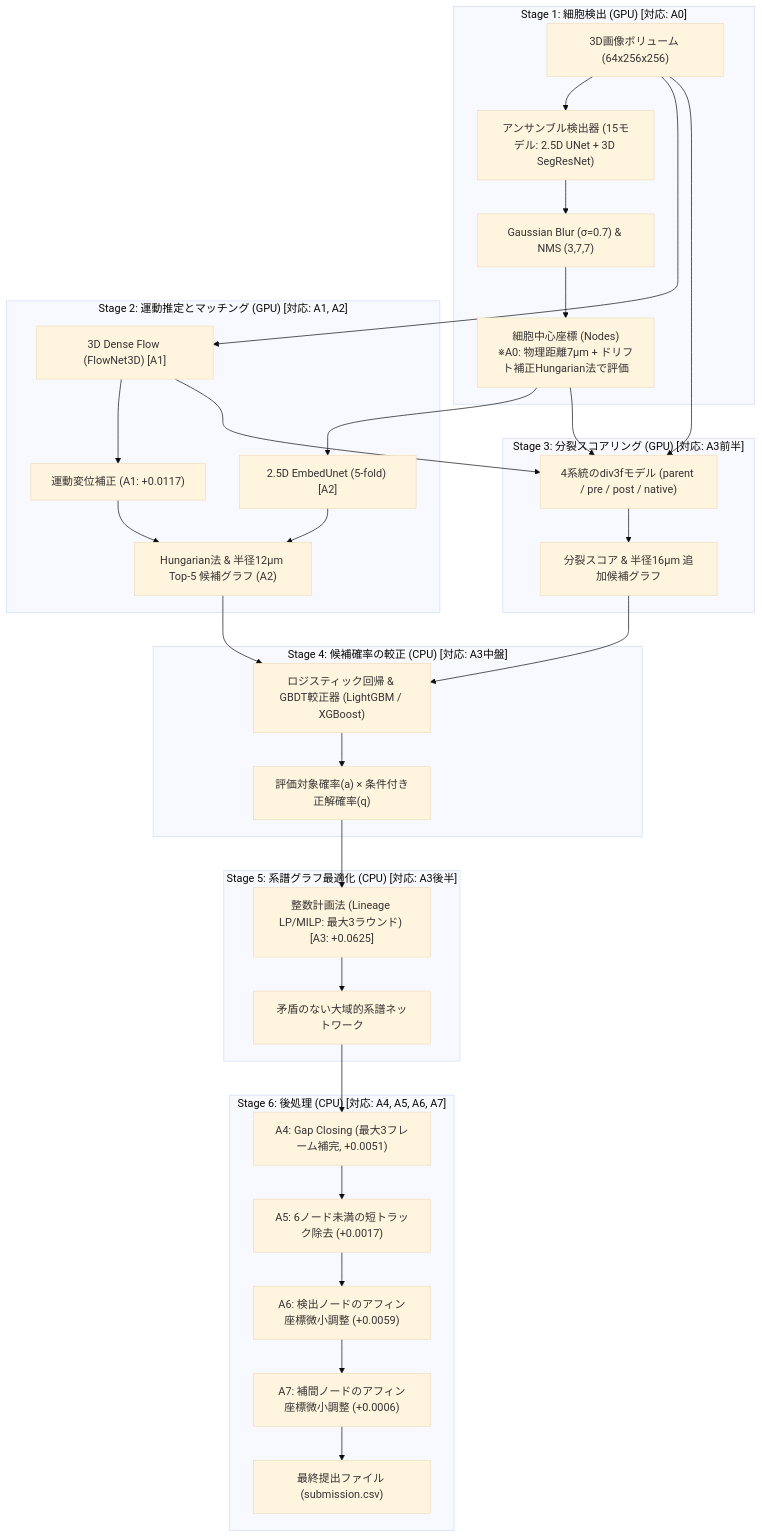
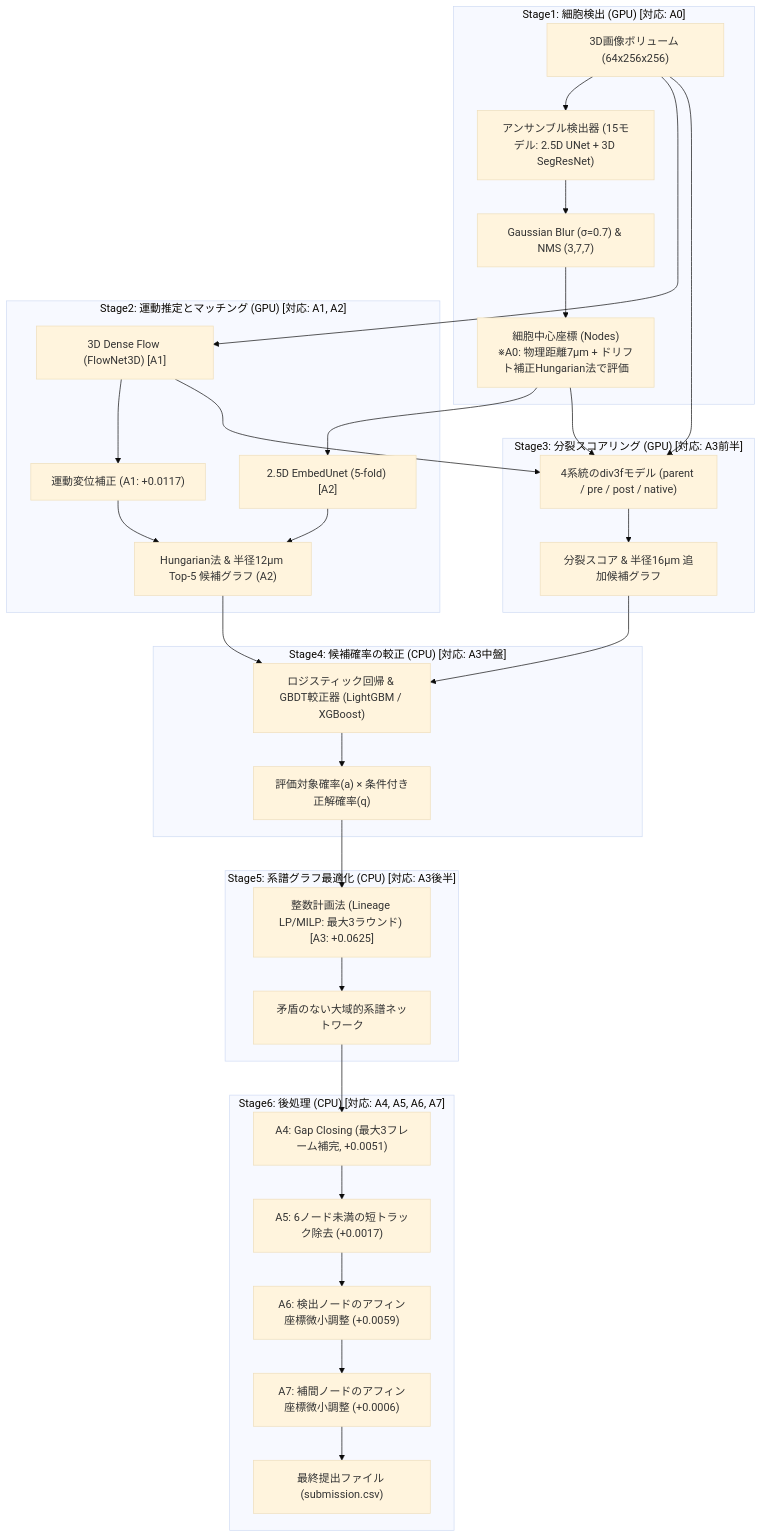
The first of 8 diagrams in episode/Summary&Conclusion/3rd-place-summary.md (kito2718/kgle_001_BCT_Episode), drawn with Mermaid (base theme) before and after one commit. The commit also changed other lines of this file, not shown here.

Commit message:
Stage nの表記ゆれを修正

````diff
--- a/episode/Summary&Conclusion/3rd-place-summary.md
+++ b/episode/Summary&Conclusion/3rd-place-summary.md
@@ -95,39 +95,39 @@
 ```mermaid
 flowchart TD
-    subgraph Stage1["Stage 1: 細胞検出 (GPU) [対応: A0]"]
+    subgraph Stage1["Stage1: 細胞検出 (GPU) [対応: A0]"]
         Raw["3D画像ボリューム (64x256x256)"] --> Det["アンサンブル検出器 (15モデル: 2.5D UNet + 3D SegResNet)"]
         Det --> Blur["Gaussian Blur (σ=0.7) & NMS (3,7,7)"]
         Blur --> Peaks["細胞中心座標 (Nodes)<br/>※A0: 物理距離7µm + ドリフト補正Hungarian法で評価"]
     end
 
-    subgraph Stage2["Stage 2: 運動推定とマッチング (GPU) [対応: A1, A2]"]
+    subgraph Stage2["Stage2: 運動推定とマッチング (GPU) [対応: A1, A2]"]
         Raw --> Flow["3D Dense Flow (FlowNet3D) [A1]"]
         Peaks --> Matcher["2.5D EmbedUnet (5-fold) [A2]"]
         Flow --> Warp["運動変位補正 (A1: +0.0117)"]
         Matcher --> LinkCand["Hungarian法 & 半径12µm Top-5 候補グラフ (A2)"]
         Warp --> LinkCand
     end
 
-    subgraph Stage3["Stage 3: 分裂スコアリング (GPU) [対応: A3前半]"]
+    subgraph Stage3["Stage3: 分裂スコアリング (GPU) [対応: A3前半]"]
         Raw & Flow & Peaks --> Div["4系統のdiv3fモデル (parent / pre / post / native)"]
         Div --> DivScore["分裂スコア & 半径16µm 追加候補グラフ"]
     end
 
-    subgraph Stage4["Stage 4: 候補確率の較正 (CPU) [対応: A3中盤]"]
+    subgraph Stage4["Stage4: 候補確率の較正 (CPU) [対応: A3中盤]"]
         LinkCand & DivScore --> Calib["ロジスティック回帰 & GBDT較正器 (LightGBM / XGBoost)"]
         Calib --> Prob["評価対象確率(a) × 条件付き正解確率(q)"]
     end
 
-    subgraph Stage5["Stage 5: 系譜グラフ最適化 (CPU) [対応: A3後半]"]
+    subgraph Stage5["Stage5: 系譜グラフ最適化 (CPU) [対応: A3後半]"]
         Prob --> LP["整数計画法 (Lineage LP/MILP: 最大3ラウンド) [A3: +0.0625]"]
         LP --> OptGraph["矛盾のない大域的系譜ネットワーク"]
     end
 
-    subgraph Stage6["Stage 6: 後処理 (CPU) [対応: A4, A5, A6, A7]"]
+    subgraph Stage6["Stage6: 後処理 (CPU) [対応: A4, A5, A6, A7]"]
         OptGraph --> Gap["A4: Gap Closing (最大3フレーム補完, +0.0051)"]
         Gap --> Filter["A5: 6ノード未満の短トラック除去 (+0.0017)"]
         Filter --> AffineDet["A6: 検出ノードのアフィン座標微小調整 (+0.0059)"]
         AffineDet --> AffineGap["A7: 補間ノードのアフィン座標微小調整 (+0.0006)"]
         AffineGap --> FinalCSV["最終提出ファイル (submission.csv)"]
     end
 ```
````
